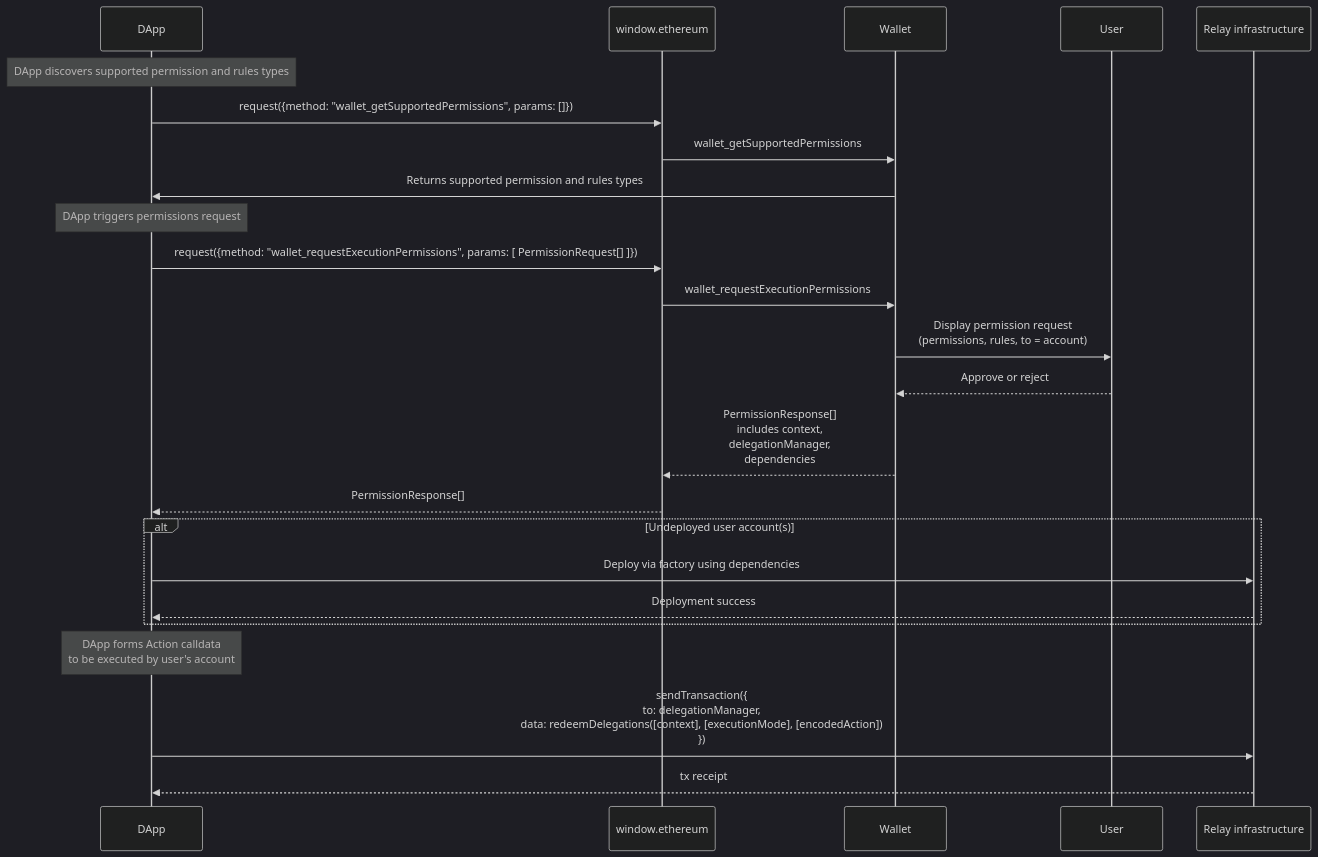
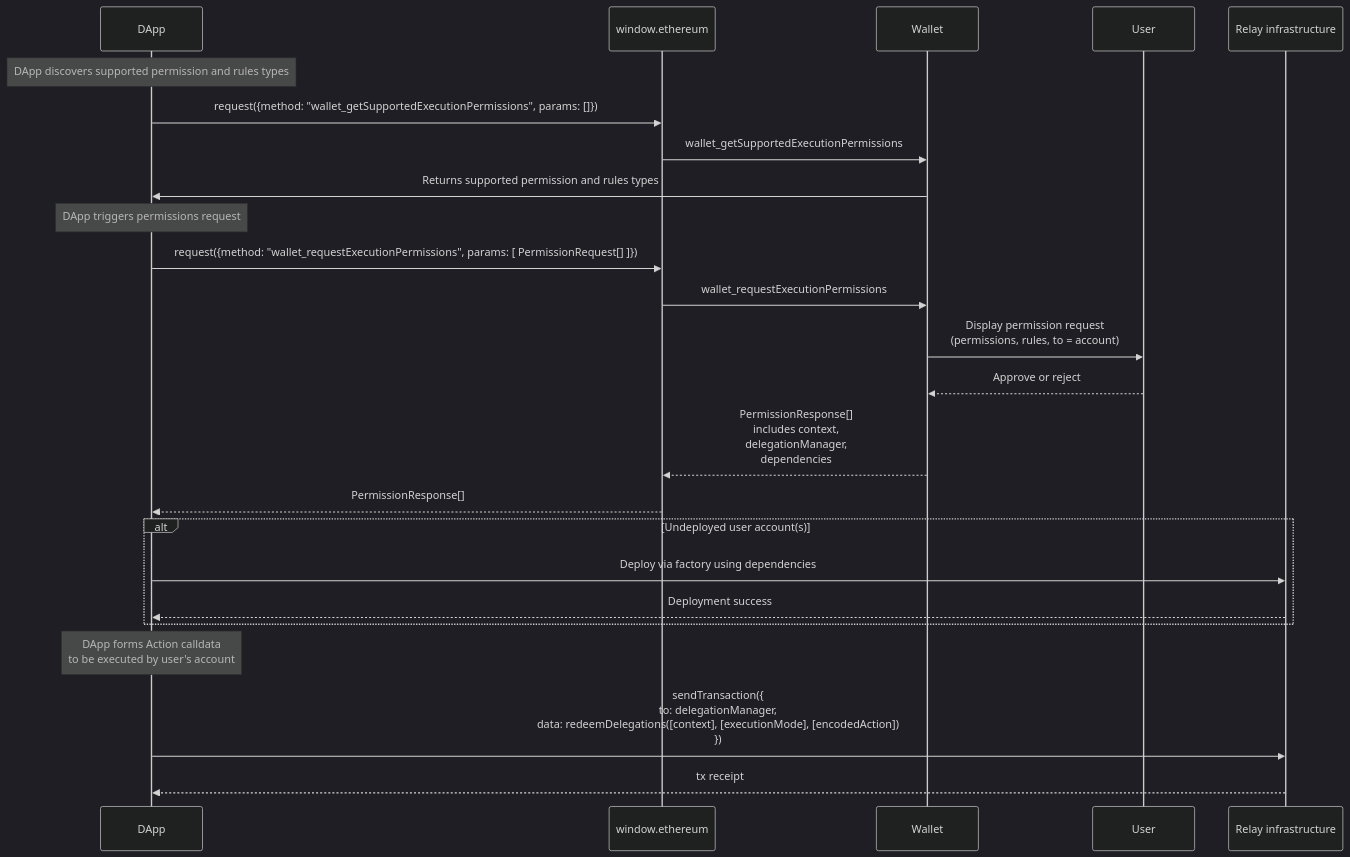
The diagram in ERCS/erc-7715.md (ethereum/ERCs), drawn with Mermaid (dark theme) before and after one commit. The commit also changed other lines of this file, not shown here.

Commit message:
Add Execution naming to discovery methods

````diff
--- a/ERCS/erc-7715.md
+++ b/ERCS/erc-7715.md
@@ -383,38 +383,38 @@
 ```mermaid
 sequenceDiagram
   participant DApp
   participant Provider as window.ethereum
   participant Wallet
   participant User
   participant Chain as Relay infrastructure
 
 
   Note over DApp: DApp discovers supported permission and rules types
 
-  DApp->>Provider: request({method: "wallet_getSupportedPermissions", params: []})
-  Provider->>Wallet: wallet_getSupportedPermissions
+  DApp->>Provider: request({method: "wallet_getSupportedExecutionPermissions", params: []})
+  Provider->>Wallet: wallet_getSupportedExecutionPermissions
 
   Wallet->>DApp: Returns supported permission and rules types
 
   Note over DApp: DApp triggers permissions request
 
   DApp->>Provider: request({method: "wallet_requestExecutionPermissions", params: [ PermissionRequest[] ]})
   Provider->>Wallet: wallet_requestExecutionPermissions
 
   Wallet->>User: Display permission request<br/> (permissions, rules, to = account)
   User-->>Wallet: Approve or reject
 
   Wallet-->>Provider: PermissionResponse[]<br/>includes context,<br/>delegationManager,<br/>dependencies
   Provider-->>DApp: PermissionResponse[]
 
   alt Undeployed user account(s)
       DApp->>Chain: Deploy via factory using dependencies
       Chain-->>DApp: Deployment success
   end
 
   Note over DApp: DApp forms Action calldata<br/>to be executed by user's account
 
   DApp->>Chain: sendTransaction({<br/> to: delegationManager,<br/> data: redeemDelegations([context], [executionMode], [encodedAction])<br/>})
 
   Chain-->>DApp: tx receipt
 ```
````
